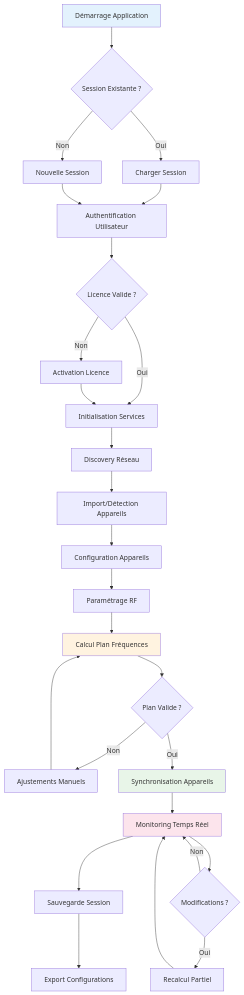
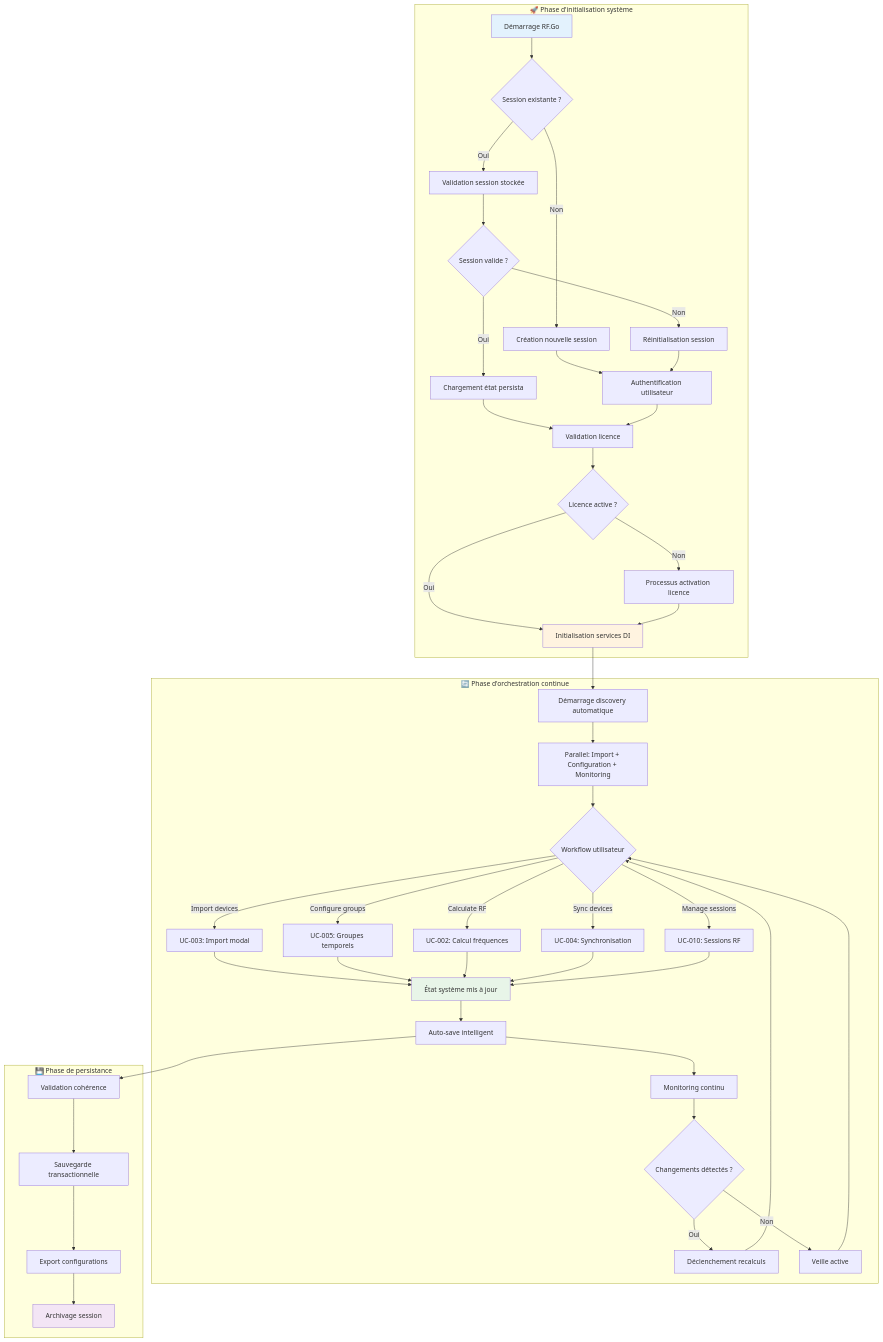
The diagram in docusaurus/docs/uml-analysis/activity-diagrams.md (Beatwen/RF_Go), drawn with Mermaid before and after one commit. The commit also changed other lines of this file and 123 other files, not shown here.

````diff
--- a/docusaurus/docs/uml-analysis/activity-diagrams.md
+++ b/docusaurus/docs/uml-analysis/activity-diagrams.md
@@ -9,33 +11,57 @@
 ```mermaid
-graph TD
-    A[Démarrage Application] --> B{Session Existante ?}
-    B -->|Oui| C[Charger Session]
-    B -->|Non| D[Nouvelle Session]
-    C --> E[Authentification Utilisateur]
-    D --> E
-    E --> F{Licence Valide ?}
-    F -->|Non| G[Activation Licence]
-    F -->|Oui| H[Initialisation Services]
-    G --> H
-    H --> I[Discovery Réseau]
-    I --> J[Import/Détection Appareils]
-    J --> K[Configuration Appareils]
-    K --> L[Paramétrage RF]
-    L --> M[Calcul Plan Fréquences]
-    M --> N{Plan Valide ?}
-    N -->|Non| O[Ajustements Manuels]
-    N -->|Oui| P[Synchronisation Appareils]
-    O --> M
-    P --> Q[Monitoring Temps Réel]
-    Q --> R{Modifications ?}
-    R -->|Oui| S[Recalcul Partiel]
-    R -->|Non| Q
-    S --> Q
-    Q --> T[Sauvegarde Session]
-    T --> U[Export Configurations]
-
+flowchart TD
+    subgraph "🚀 Phase d'initialisation système"
+        A[Démarrage RF.Go] --> B{Session existante ?}
+        B -->|Oui| C[Validation session stockée]
+        B -->|Non| D[Création nouvelle session]
+        C --> E{Session valide ?}
+        E -->|Non| F[Réinitialisation session]
+        E -->|Oui| G[Chargement état persista]
+        D --> H[Authentification utilisateur]
+        F --> H
+        G --> I[Validation licence]
+        H --> I
+        I --> J{Licence active ?}
+        J -->|Non| K[Processus activation licence]
+        J -->|Oui| L[Initialisation services DI]
+        K --> L
+    end
+    
+    subgraph "🔄 Phase d'orchestration continue"
+        L --> M[Démarrage discovery automatique]
+        M --> N[Parallel: Import + Configuration + Monitoring]
+        
+        N --> O{Workflow utilisateur}
+        O -->|Import devices| P[UC-003: Import modal]
+        O -->|Configure groups| Q[UC-005: Groupes temporels]
+        O -->|Calculate RF| R[UC-002: Calcul fréquences]
+        O -->|Sync devices| S[UC-004: Synchronisation]
+        O -->|Manage sessions| T[UC-010: Sessions RF]
+        
+        P --> U[État système mis à jour]
+        Q --> U
+        R --> U
+        S --> U
+        T --> U
+        
+        U --> V[Auto-save intelligent]
+        V --> W[Monitoring continu]
+        W --> X{Changements détectés ?}
+        X -->|Oui| Y[Déclenchement recalculs]
+        X -->|Non| Z[Veille active]
+        Y --> O
+        Z --> O
+    end
+    
+    subgraph "💾 Phase de persistance"
+        V --> AA[Validation cohérence]
+        AA --> BB[Sauvegarde transactionnelle]
+        BB --> CC[Export configurations]
+        CC --> DD[Archivage session]
+    end
+    
     style A fill:#e3f2fd
-    style M fill:#fff3e0
-    style P fill:#e8f5e8
-    style Q fill:#fce4ec
+    style L fill:#fff3e0
+    style U fill:#e8f5e8
+    style DD fill:#f3e5f5
 ```
````
